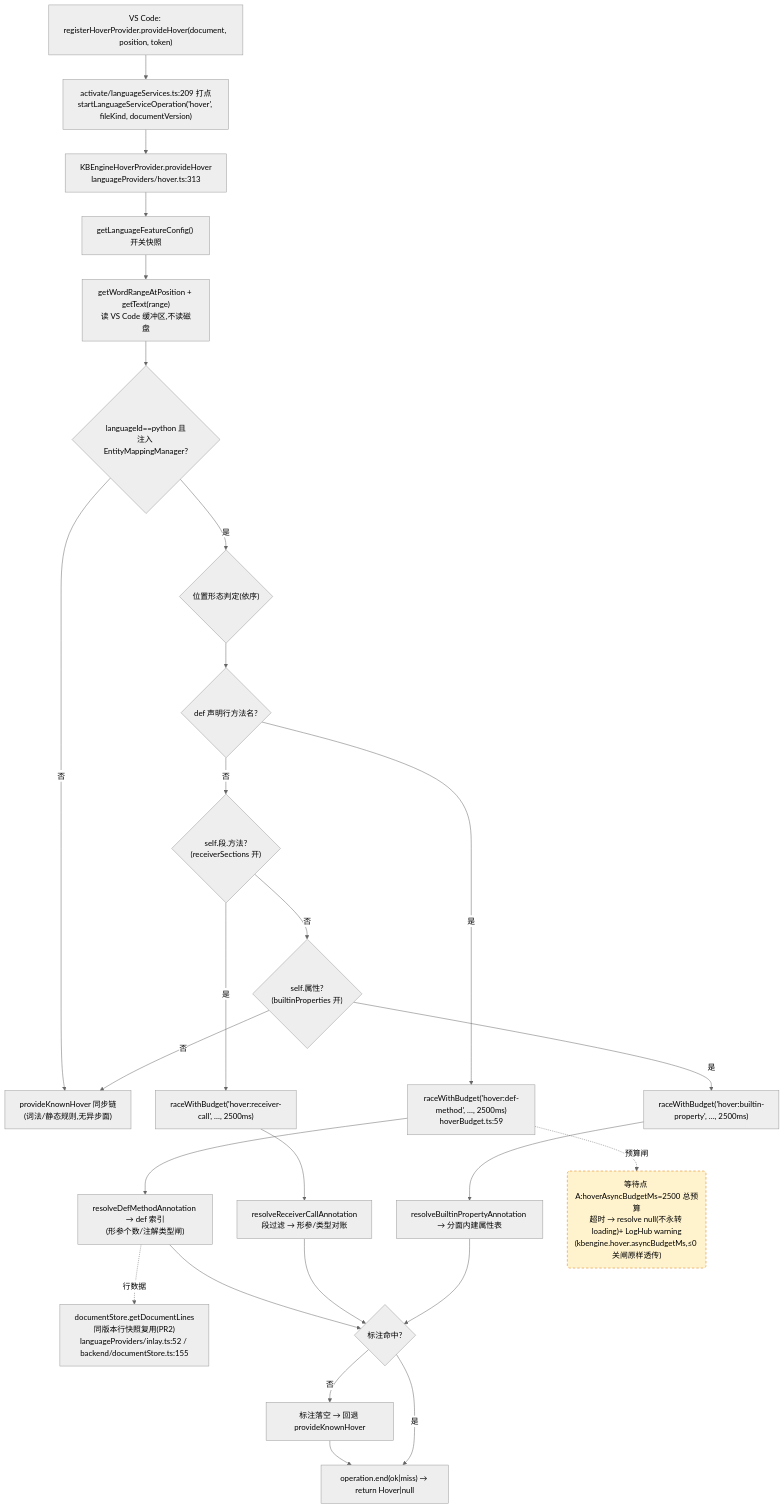
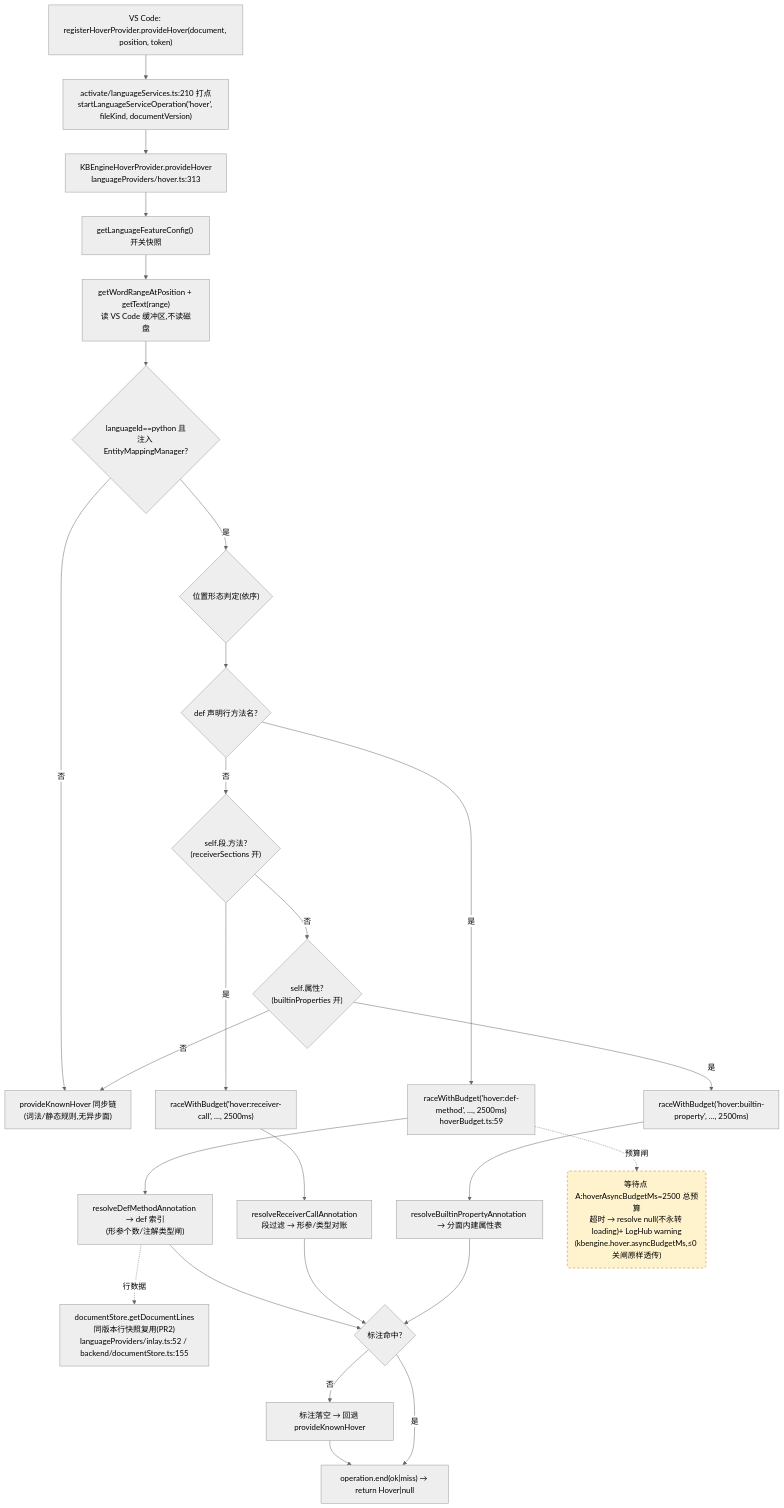
Before and after one commit to cuihairu/kode: the first of 4 diagrams in docs/perf/2026-baseline.md, drawn with Mermaid (neutral theme). The commit also changed other lines of this file and 16 other files, not shown here.

````diff
--- a/docs/perf/2026-baseline.md
+++ b/docs/perf/2026-baseline.md
@@ -97,45 +98,45 @@
 ```mermaid
 flowchart TD
   VC1["VS Code: registerHoverProvider.provideHover(document, position, token)"]
-  M1["activate/languageServices.ts:209 打点<br/>startLanguageServiceOperation('hover', fileKind, documentVersion)"]
+  M1["activate/languageServices.ts:210 打点<br/>startLanguageServiceOperation('hover', fileKind, documentVersion)"]
   HP["KBEngineHoverProvider.provideHover<br/>languageProviders/hover.ts:313"]
   CFG["getLanguageFeatureConfig() 开关快照"]
   WORD["getWordRangeAtPosition + getText(range)<br/>读 VS Code 缓冲区,不读磁盘"]
   BR{"languageId==python 且<br/>注入 EntityMappingManager?"}
   KN["provideKnownHover 同步链<br/>(词法/静态规则,无异步面)"]
   POS{"位置形态判定(依序)"}
   D1{"def 声明行方法名?"}
   D2{"self.段.方法?<br/>(receiverSections 开)"}
   D3{"self.属性?<br/>(builtinProperties 开)"}
   RA1["raceWithBudget('hover:def-method', …, 2500ms)<br/>hoverBudget.ts:59"]
   RA2["raceWithBudget('hover:receiver-call', …, 2500ms)"]
   RA3["raceWithBudget('hover:builtin-property', …, 2500ms)"]
   RS1["resolveDefMethodAnnotation → def 索引<br/>(形参个数/注解类型闸)"]
   RS2["resolveReceiverCallAnnotation<br/>段过滤 → 形参/类型对账"]
   RS3["resolveBuiltinPropertyAnnotation → 分面内建属性表"]
   LINES["documentStore.getDocumentLines<br/>同版本行快照复用(PR2)<br/>languageProviders/inlay.ts:52 / backend/documentStore.ts:155"]
   MISS["标注落空 → 回退 provideKnownHover"]
   END1["operation.end(ok|miss) → return Hover|null"]
 
   VC1 --> M1 --> HP --> CFG --> WORD --> BR
   BR -- "否" --> KN
   BR -- "是" --> POS --> D1
   D1 -- "是" --> RA1 --> RS1
   D1 -- "否" --> D2
   D2 -- "是" --> RA2 --> RS2
   D2 -- "否" --> D3
   D3 -- "是" --> RA3 --> RS3
   D3 -- "否" --> KN
   RS1 --> HIT{"标注命中?"}
   RS2 --> HIT
   RS3 --> HIT
   RS1 -.->|行数据| LINES
   HIT -- "否" --> MISS --> END1
   HIT -- "是" --> END1
 
   WAITA("等待点 A:hoverAsyncBudgetMs=2500 总预算<br/>超时 → resolve null(不永转 loading)+ LogHub warning<br/>(kbengine.hover.asyncBudgetMs,≤0 关闸原样透传)")
   RA1 -.->|预算闸| WAITA
 
   classDef waitPoint fill:#fff3cd,stroke:#d97706,stroke-dasharray:5 4;
   class WAITA waitPoint;
 ```
````
